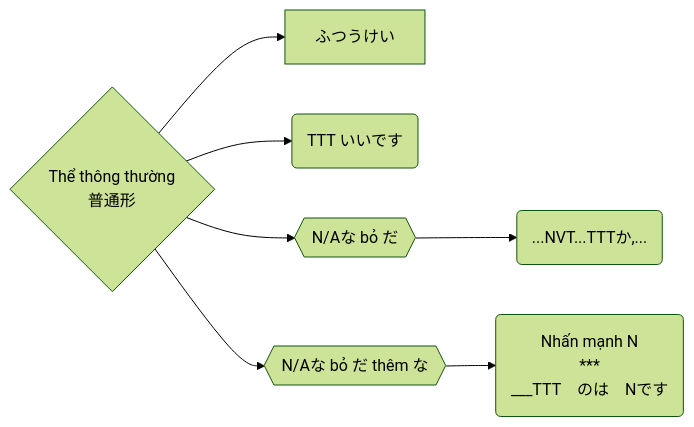
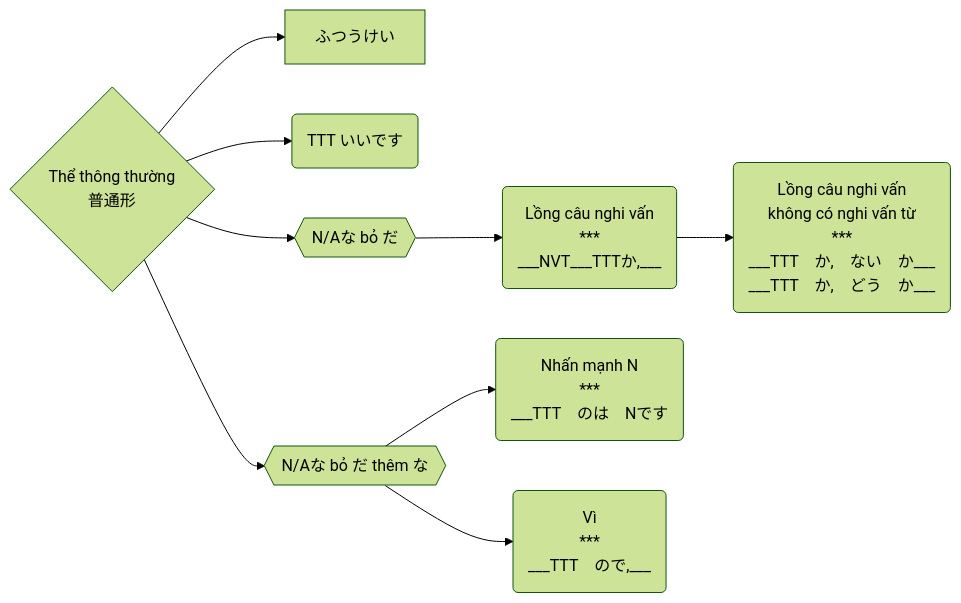
Before and after one commit to tea1504/learn: the diagram in The/普通形.md, drawn with Mermaid (forest theme). The commit also changed 13 other files, not shown here.

````diff
--- a/The/普通形.md
+++ b/The/普通形.md
@@ -1,9 +1,11 @@
 ```mermaid
 graph LR;
     TTT{Thể thông thường\n普通形}-->ふつうけい
     TTT-->nen(TTT いいです)
     TTT-->boDa{{N/Aな bỏ だ}}
-    boDa-->longCauNghiVan(...NVT...TTTか,...)
+    boDa-->longCauNghiVan(Lồng câu nghi vấn\n***\n___NVT___TTTか,___)
+    -->longCauNghiVan2(Lồng câu nghi vấn\n không có nghi vấn từ\n***\n___TTT　か,　ない　か___\n___TTT　か,　どう　か___)
     TTT-->boDaThemNa{{N/Aな bỏ だ thêm な}}
     boDaThemNa-->nhanManhN(Nhấn mạnh N\n***\n___TTT　のは　Nです)
+    boDaThemNa-->vi(Vì\n***\n___TTT　ので,___)
 ```
````
